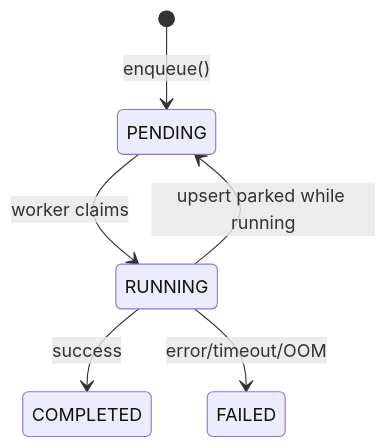
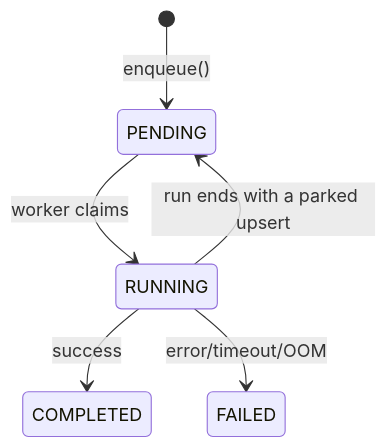
Before and after one commit to flipbit03/pq: the fifth of 5 diagrams in docs/architecture.md, drawn with Mermaid. The commit also changed other lines of this file and 7 other files, not shown here.

First line of the commit message:
fix: store SQL NULL in requeue, harden reaper, timezone-safe parked run_at

````diff
--- a/docs/architecture.md
+++ b/docs/architecture.md
@@ -231,8 +231,8 @@
 ```mermaid
 stateDiagram-v2
     [*] --> PENDING: enqueue()
     PENDING --> RUNNING: worker claims
     RUNNING --> COMPLETED: success
     RUNNING --> FAILED: error/timeout/OOM
-    RUNNING --> PENDING: upsert parked while running
+    RUNNING --> PENDING: run ends with a parked upsert
 ```
````
